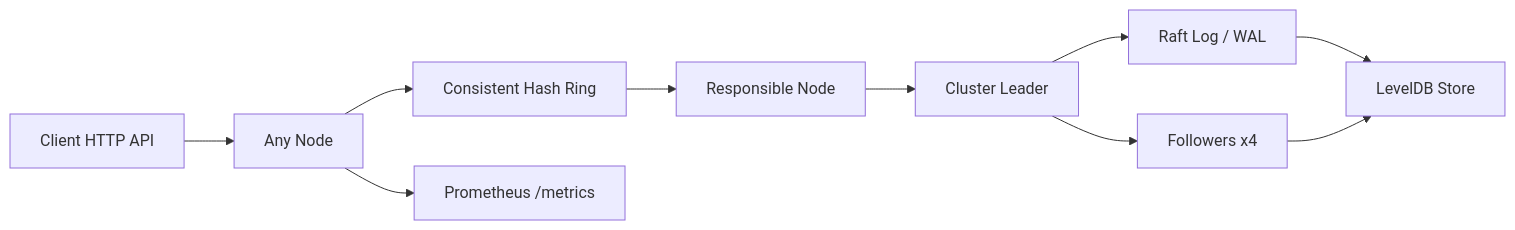
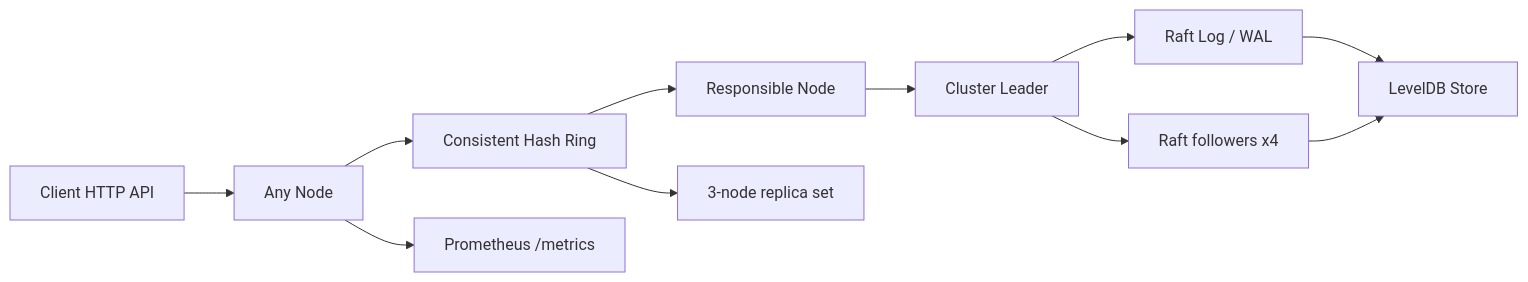
The diagram in README.md (venkataYedupati/Distributed-Key-Value-Store), drawn with Mermaid before and after one commit. The commit also changed other lines of this file and 10 other files, not shown here.

````diff
--- a/README.md
+++ b/README.md
@@ -7,12 +7,13 @@
 ```mermaid
 flowchart LR
     Client[Client HTTP API] --> Node[Any Node]
     Node --> Ring[Consistent Hash Ring]
     Ring --> Owner[Responsible Node]
     Owner --> Leader[Cluster Leader]
     Leader --> Log[Raft Log / WAL]
     Log --> DB[LevelDB Store]
-    Leader --> Followers[Followers x4]
+    Leader --> Followers[Raft followers x4]
     Followers --> DB
+    Ring --> Replicas[3-node replica set]
     Node --> Metrics[Prometheus /metrics]
 ```
````
